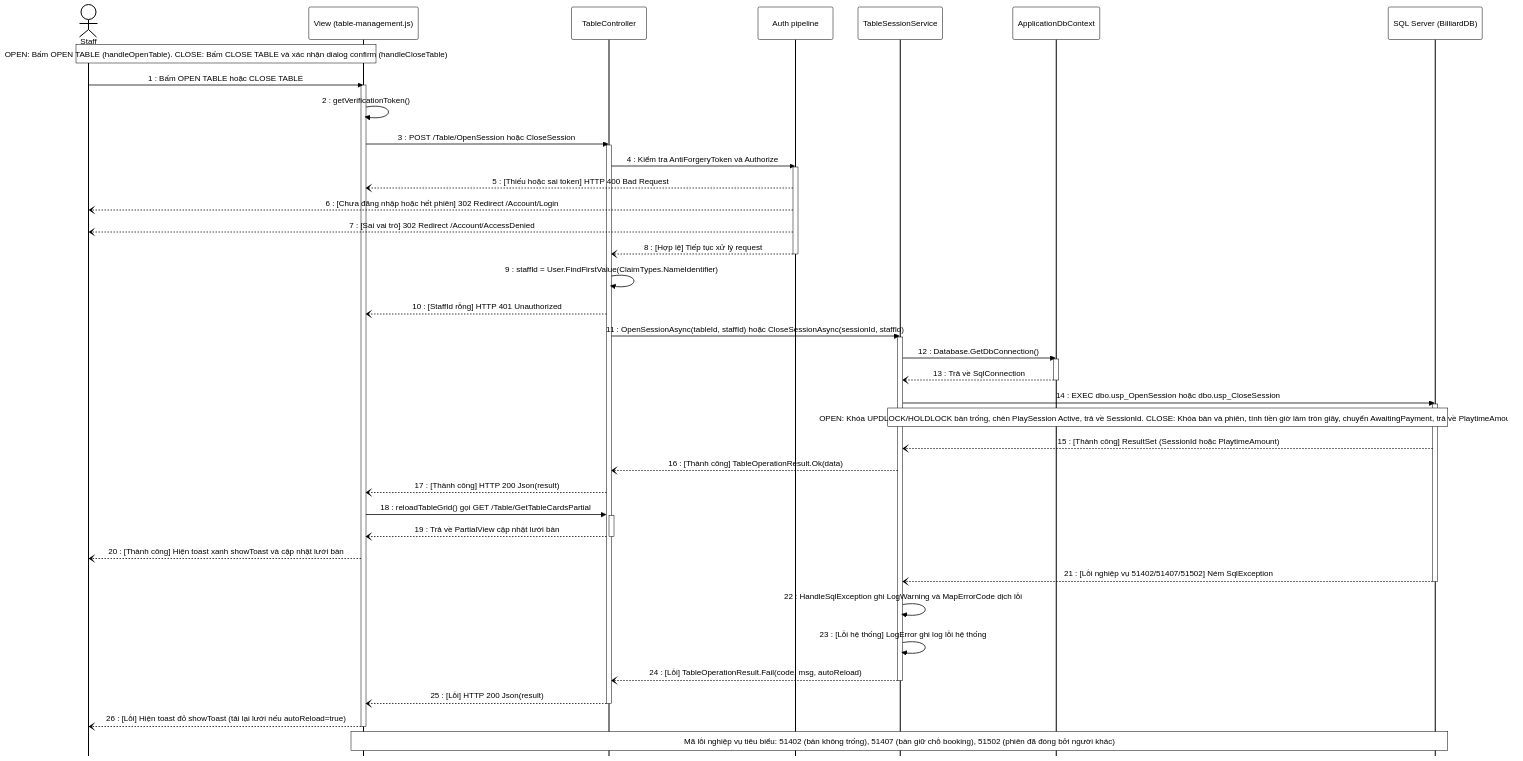
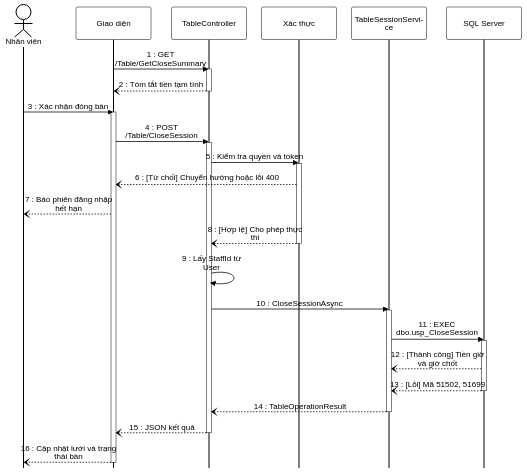
The sixth of 7 diagrams in docs/sds-doan/SDS_DOAN.md (HE176671/billiard-management-system), drawn with Mermaid before and after one commit. The commit also changed other lines of this file and 25 other files, not shown here.

````diff
--- a/docs/sds-doan/SDS_DOAN.md
+++ b/docs/sds-doan/SDS_DOAN.md
@@ -674,90 +592,39 @@
 ```mermaid
-%%{init: {
-  'theme': 'base',
-  'themeVariables': {
-    'primaryColor': '#ffffff',
-    'primaryTextColor': '#000000',
-    'primaryBorderColor': '#000000',
-    'lineColor': '#000000',
-    'textColor': '#000000',
-    'actorBkg': '#ffffff',
-    'actorBorder': '#000000',
-    'actorTextColor': '#000000',
-    'actorLineColor': '#000000',
-    'signalColor': '#000000',
-    'signalTextColor': '#000000',
-    'labelBoxBkgColor': '#ffffff',
-    'labelBoxBorderColor': '#000000',
-    'labelTextColor': '#000000',
-    'noteBkgColor': '#ffffff',
-    'noteBorderColor': '#000000',
-    'noteTextColor': '#000000',
-    'activationBkgColor': '#ffffff',
-    'activationBorderColor': '#000000',
-    'fontFamily': 'Arial'
-  },
-  'sequence': {
-    'mirrorActors': false,
-    'showSequenceNumbers': false,
-    'actorMargin': 50,
-    'messageMargin': 35
-  }
-}}%%
+%%{init: {'theme': 'base', 'themeVariables': {'primaryColor': '#ffffff', 'primaryTextColor': '#000000', 'primaryBorderColor': '#000000', 'lineColor': '#000000', 'textColor': '#000000', 'actorBkg': '#ffffff', 'actorBorder': '#000000', 'actorTextColor': '#000000', 'actorLineColor': '#000000', 'signalColor': '#000000', 'signalTextColor': '#000000', 'labelBoxBkgColor': '#ffffff', 'labelBoxBorderColor': '#000000', 'labelTextColor': '#000000', 'noteBkgColor': '#ffffff', 'noteBorderColor': '#000000', 'noteTextColor': '#000000', 'activationBkgColor': '#ffffff', 'activationBorderColor': '#000000', 'fontFamily': 'Arial'}, 'sequence': {'mirrorActors': false, 'showSequenceNumbers': false, 'wrap': true, 'width': 150, 'actorMargin': 30, 'messageMargin': 30, 'noteMargin': 10, 'boxMargin': 8, 'actorFontSize': 16, 'messageFontSize': 16, 'noteFontSize': 14}}}%%
 sequenceDiagram
-    actor Staff as Staff
-    participant View as View (table-management.js)
-    participant TableController as TableController
-    participant Auth as Auth pipeline
-    participant TableSessionService as TableSessionService
-    participant ApplicationDbContext as ApplicationDbContext
-    participant DB as SQL Server (BilliardDB)
+    actor NV as Nhân viên
+    participant GD as Giao diện
+    participant CT as TableController
+    participant XT as Xác thực
+    participant SV as TableSessionService
+    participant SQL as SQL Server
 
-    Note over Staff,View: OPEN: Bấm OPEN TABLE (handleOpenTable). CLOSE: Bấm CLOSE TABLE và xác nhận dialog confirm (handleCloseTable)
-
-    Staff->>View: 1 : Bấm OPEN TABLE hoặc CLOSE TABLE
-    activate View
-    View->>View: 2 : getVerificationToken()
-    View->>TableController: 3 : POST /Table/OpenSession hoặc CloseSession
-    activate TableController
-    TableController->>Auth: 4 : Kiểm tra AntiForgeryToken và Authorize
-    activate Auth
-    Auth--)View: 5 : [Thiếu hoặc sai token] HTTP 400 Bad Request
-    Auth--)Staff: 6 : [Chưa đăng nhập hoặc hết phiên] 302 Redirect /Account/Login
-    Auth--)Staff: 7 : [Sai vai trò] 302 Redirect /Account/AccessDenied
-    Auth--)TableController: 8 : [Hợp lệ] Tiếp tục xử lý request
-    deactivate Auth
-    TableController->>TableController: 9 : staffId = User.FindFirstValue(ClaimTypes.NameIdentifier)
-    TableController--)View: 10 : [StaffId rỗng] HTTP 401 Unauthorized
-    TableController->>TableSessionService: 11 : OpenSessionAsync(tableId, staffId) hoặc CloseSessionAsync(sessionId, staffId)
-    activate TableSessionService
-    TableSessionService->>ApplicationDbContext: 12 : Database.GetDbConnection()
-    activate ApplicationDbContext
-    ApplicationDbContext--)TableSessionService: 13 : Trả về SqlConnection
-    deactivate ApplicationDbContext
-    TableSessionService->>DB: 14 : EXEC dbo.usp_OpenSession hoặc dbo.usp_CloseSession
-    activate DB
-
-    Note over TableSessionService,DB: OPEN: Khóa UPDLOCK/HOLDLOCK bàn trống, chèn PlaySession Active, trả về SessionId. CLOSE: Khóa bàn và phiên, tính tiền giờ làm tròn giây, chuyển AwaitingPayment, trả về PlaytimeAmount
-
-    DB--)TableSessionService: 15 : [Thành công] ResultSet (SessionId hoặc PlaytimeAmount)
-    TableSessionService--)TableController: 16 : [Thành công] TableOperationResult.Ok(data)
-    TableController--)View: 17 : [Thành công] HTTP 200 Json(result)
-    View->>TableController: 18 : reloadTableGrid() gọi GET /Table/GetTableCardsPartial
-    activate TableController
-    TableController--)View: 19 : Trả về PartialView cập nhật lưới bàn
-    deactivate TableController
-    View--)Staff: 20 : [Thành công] Hiện toast xanh showToast và cập nhật lưới bàn
-
-    DB--)TableSessionService: 21 : [Lỗi nghiệp vụ 51402/51407/51502] Ném SqlException
-    deactivate DB
-    TableSessionService->>TableSessionService: 22 : HandleSqlException ghi LogWarning và MapErrorCode dịch lỗi
-    TableSessionService->>TableSessionService: 23 : [Lỗi hệ thống] LogError ghi log lỗi hệ thống
-    TableSessionService--)TableController: 24 : [Lỗi] TableOperationResult.Fail(code, msg, autoReload)
-    deactivate TableSessionService
-    TableController--)View: 25 : [Lỗi] HTTP 200 Json(result)
-    deactivate TableController
-    View--)Staff: 26 : [Lỗi] Hiện toast đỏ showToast (tải lại lưới nếu autoReload=true)
-    deactivate View
-
-    Note over View,DB: Mã lỗi nghiệp vụ tiêu biểu: 51402 (bàn không trống), 51407 (bàn giữ chỗ booking), 51502 (phiên đã đóng bởi người khác)
+    GD->>CT: 1 : GET /Table/GetCloseSummary
+    activate CT
+    CT--)GD: 2 : Tóm tắt tiền tạm tính
+    deactivate CT
+    NV->>GD: 3 : Xác nhận đóng bàn
+    activate GD
+    GD->>CT: 4 : POST /Table/CloseSession
+    activate CT
+    CT->>XT: 5 : Kiểm tra quyền và token
+    activate XT
+    XT--)GD: 6 : [Từ chối] Chuyển hướng hoặc lỗi 400
+    GD--)NV: 7 : Báo phiên đăng nhập hết hạn
+    XT--)CT: 8 : [Hợp lệ] Cho phép thực thi
+    deactivate XT
+    CT->>CT: 9 : Lấy StaffId từ User
+    CT->>SV: 10 : CloseSessionAsync
+    activate SV
+    SV->>SQL: 11 : EXEC dbo.usp_CloseSession
+    activate SQL
+    SQL--)SV: 12 : [Thành công] Tiền giờ và giờ chốt
+    SQL--)SV: 13 : [Lỗi] Mã 51502, 51699
+    deactivate SQL
+    SV--)CT: 14 : TableOperationResult
+    deactivate SV
+    CT--)GD: 15 : JSON kết quả
+    deactivate CT
+    GD--)NV: 16 : Cập nhật lưới và trạng thái bàn
+    deactivate GD
 ```
````
